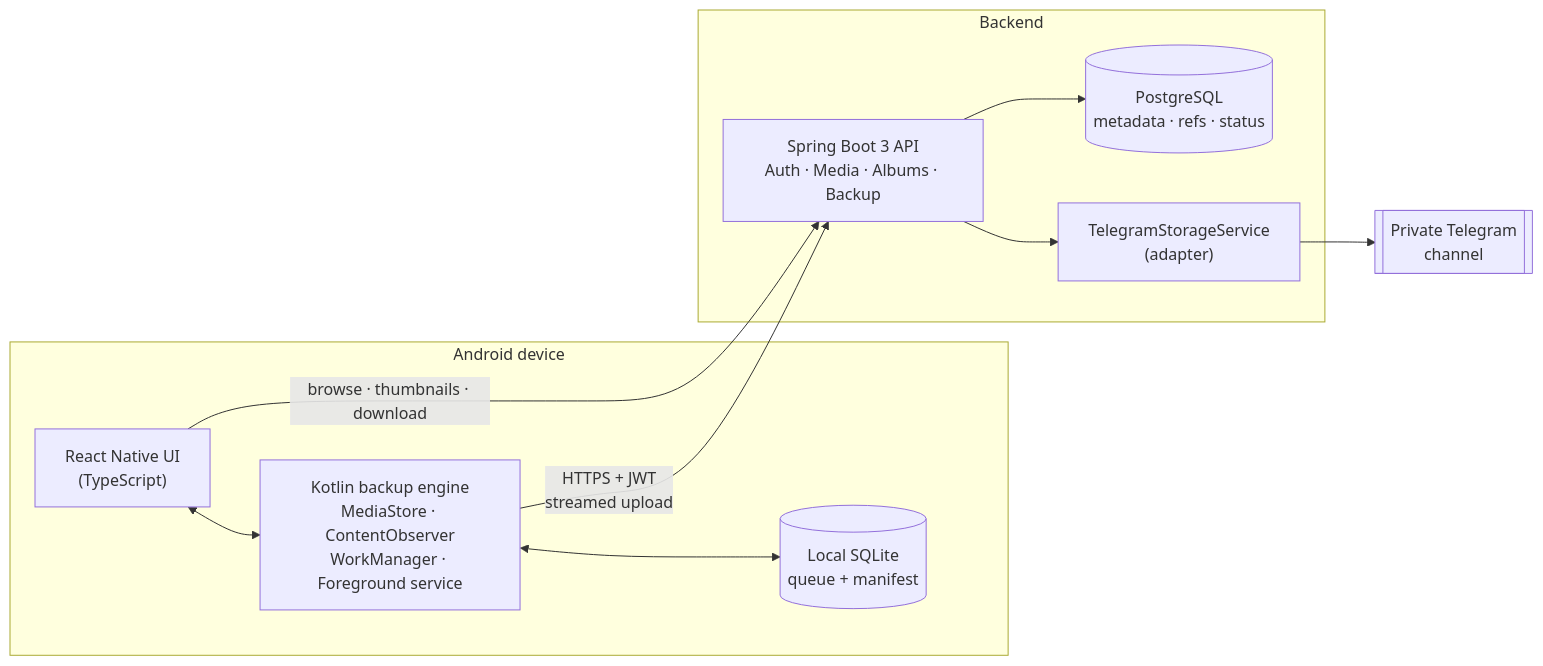
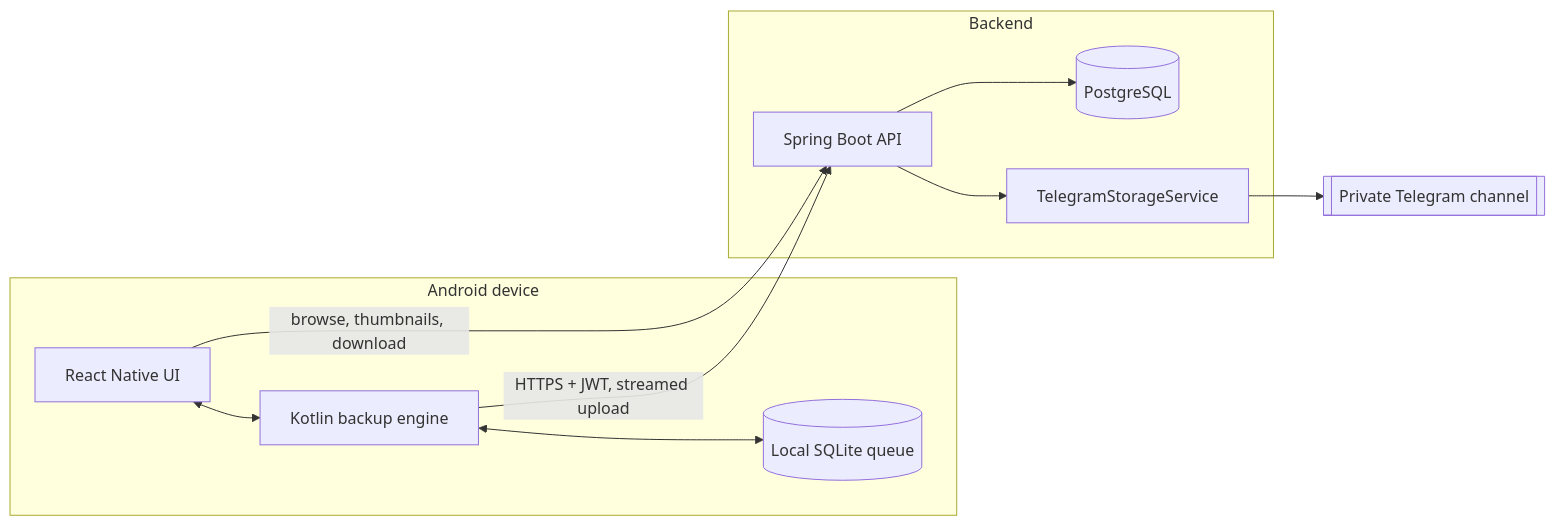
The diagram in README.md (shiivu18/SyncAnything), drawn with Mermaid before and after one commit. The commit also changed other lines of this file, not shown here.

````diff
--- a/README.md
+++ b/README.md
@@ -81,24 +78,24 @@
 ```mermaid
 flowchart LR
     subgraph Device["Android device"]
-        RN["React Native UI\n(TypeScript)"]
-        K["Kotlin backup engine\nMediaStore · ContentObserver\nWorkManager · Foreground service"]
-        DB[("Local SQLite\nqueue + manifest")]
+        RN["React Native UI"]
+        K["Kotlin backup engine"]
+        DB[("Local SQLite queue")]
         RN <--> K
         K <--> DB
     end
 
     subgraph Server["Backend"]
-        API["Spring Boot 3 API\nAuth · Media · Albums · Backup"]
-        PG[("PostgreSQL\nmetadata · refs · status")]
-        TS["TelegramStorageService\n(adapter)"]
+        API["Spring Boot API"]
+        PG[("PostgreSQL")]
+        TS["TelegramStorageService"]
         API --> PG
         API --> TS
     end
 
-    TG[["Private Telegram\nchannel"]]
+    TG[["Private Telegram channel"]]
 
-    K -- "HTTPS + JWT\nstreamed upload" --> API
-    RN -- "browse · thumbnails · download" --> API
+    K -->|"HTTPS + JWT, streamed upload"| API
+    RN -->|"browse, thumbnails, download"| API
     TS --> TG
 ```
````
